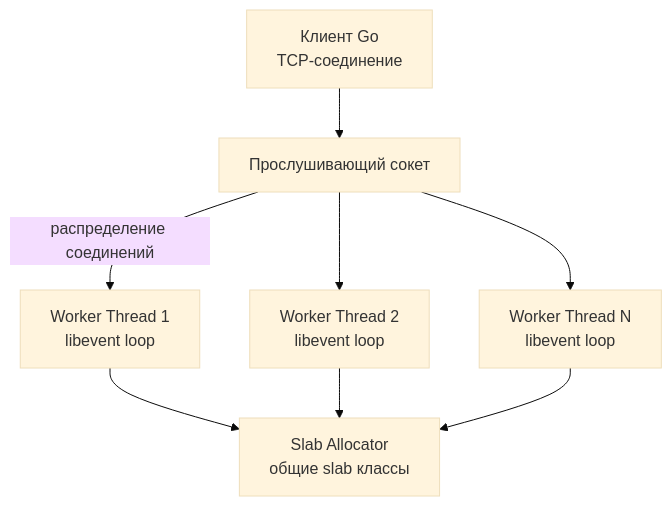
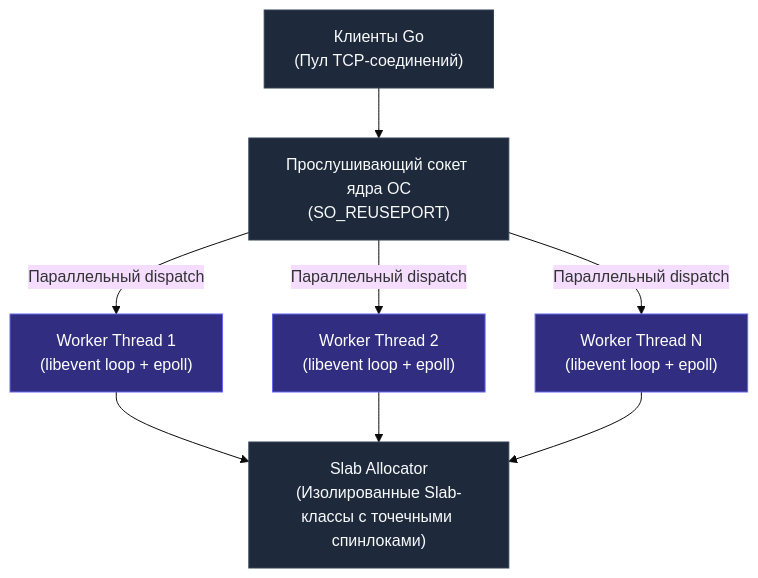
One commit to UnrealTemplier/go-textbook changed the first of 2 diagrams in sources/12. Базы данных/09. NoSQL базы/5. Memcached.md. Above: the diagram before and after it, drawn with Mermaid (base theme). The commit also changed other lines of this file, not shown here.

````diff
--- a/sources/12. Базы данных/09. NoSQL базы/5. Memcached.md
+++ b/sources/12. Базы данных/09. NoSQL базы/5. Memcached.md
@@ -11,10 +17,15 @@
 ```mermaid
 flowchart TD
-    Client["Клиент Go<br>TCP-соединение"] --> LB["Прослушивающий сокет"]
-    LB --> |"распределение соединений"| W1["Worker Thread 1<br>libevent loop"]
-    LB --> W2["Worker Thread 2<br>libevent loop"]
-    LB --> WN["Worker Thread N<br>libevent loop"]
-    W1 --> Slabs["Slab Allocator<br>общие slab классы"]
+    Client["Клиенты Go<br>(Пул TCP-соединений)"] --> LB["Прослушивающий сокет ядра ОС<br>(SO_REUSEPORT)"]
+    LB -->|"Параллельный dispatch"| W1["Worker Thread 1<br>(libevent loop + epoll)"]
+    LB -->|"Параллельный dispatch"| W2["Worker Thread 2<br>(libevent loop + epoll)"]
+    LB -->|"Параллельный dispatch"| WN["Worker Thread N<br>(libevent loop + epoll)"]
+    
+    W1 --> Slabs["Slab Allocator<br>(Изолированные Slab-классы с точечными спинлоками)"]
     W2 --> Slabs
     WN --> Slabs
+
+    classDef default fill:#1e293b,stroke:#334155,color:#f8fafc;
+    classDef worker fill:#312e81,stroke:#6366f1,color:#ffffff;
+    class W1,W2,WN worker;
 ```
````
